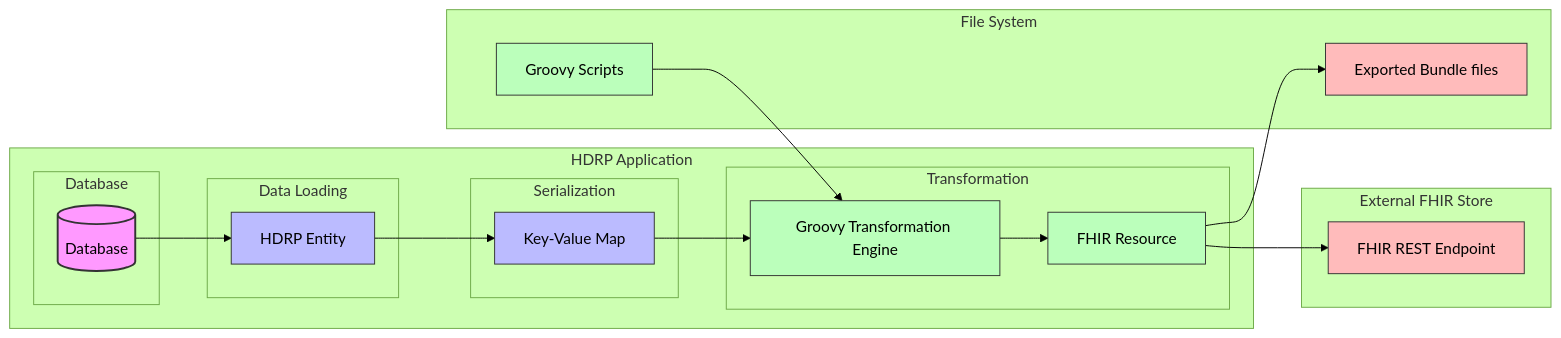
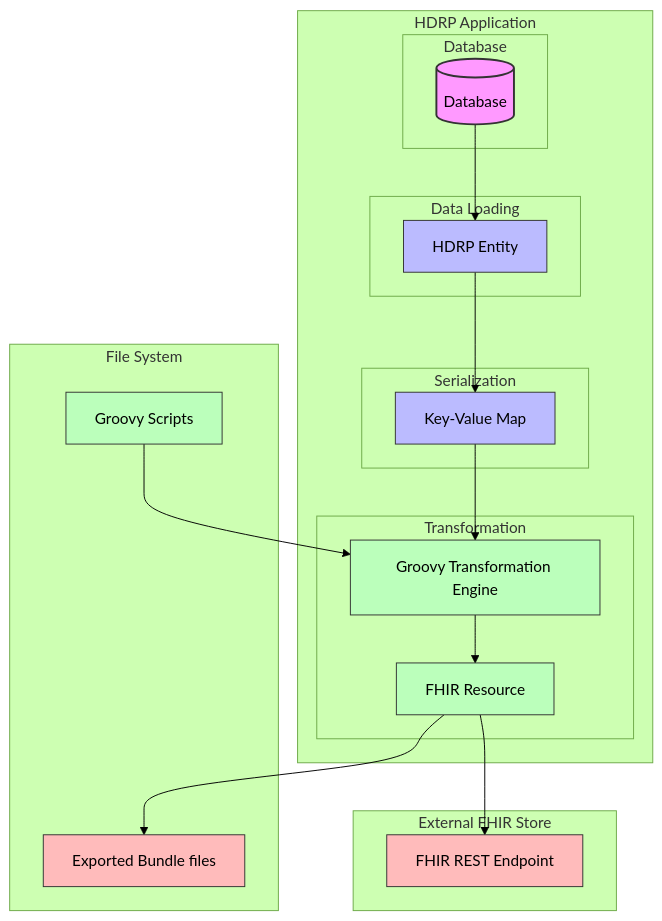
The diagram in docs/FHIR-Custom-Export-HDRP-Setup.md (kairos-fhir/kairos-fhir-dsl-mapping-example), drawn with Mermaid (forest theme) before and after one commit. The commit also changed other lines of this file, not shown here.

````diff
--- a/docs/FHIR-Custom-Export-HDRP-Setup.md
+++ b/docs/FHIR-Custom-Export-HDRP-Setup.md
@@ -40,46 +40,46 @@
 ```mermaid
-graph LR
+graph TD
     subgraph "HDRP Application"
         subgraph Database
             DB[(Database)]
         end
 
         subgraph "Data Loading"
             Entities[HDRP Entity]
         end
 
         subgraph "Serialization"
             EntityMaps[Key-Value Map]
         end
 
         subgraph "Transformation"
             GroovyEngine[Groovy Transformation Engine]
             FHIRResources[FHIR Resource]
         end
     end
 
     subgraph "File System"
         GroovyScripts[Groovy Scripts]
         ExportedBundles[Exported Bundle files]
     end
 
     subgraph "External FHIR Store"
         RESTEndpoint[FHIR REST Endpoint]
     end
 
     DB --> Entities
     Entities --> EntityMaps
     EntityMaps --> GroovyEngine
     GroovyScripts --> GroovyEngine
     GroovyEngine --> FHIRResources
     FHIRResources --> ExportedBundles
     FHIRResources --> RESTEndpoint
     classDef database fill: #f9f, stroke: #333, stroke-width: 2px;
     classDef entity fill: #bbf, stroke: #333, stroke-width: 1px;
     classDef transformation fill: #bfb, stroke: #333, stroke-width: 1px;
     classDef export fill: #fbb, stroke: #333, stroke-width: 1px;
     class DB database;
-class EntityLoader,Entities,ConvertToMaps,EntityMaps entity;
-class GroovyEngine,GroovyScripts,FHIRResources transformation;
-class RESTEndpoint,ExportedBundles export;
+    class EntityLoader,Entities,ConvertToMaps,EntityMaps entity;
+    class GroovyEngine,GroovyScripts,FHIRResources transformation;
+    class RESTEndpoint,ExportedBundles export;
 ```
````
